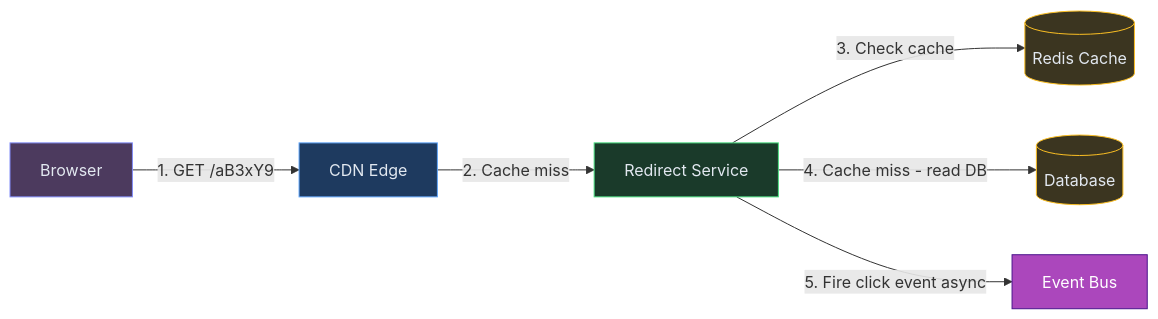
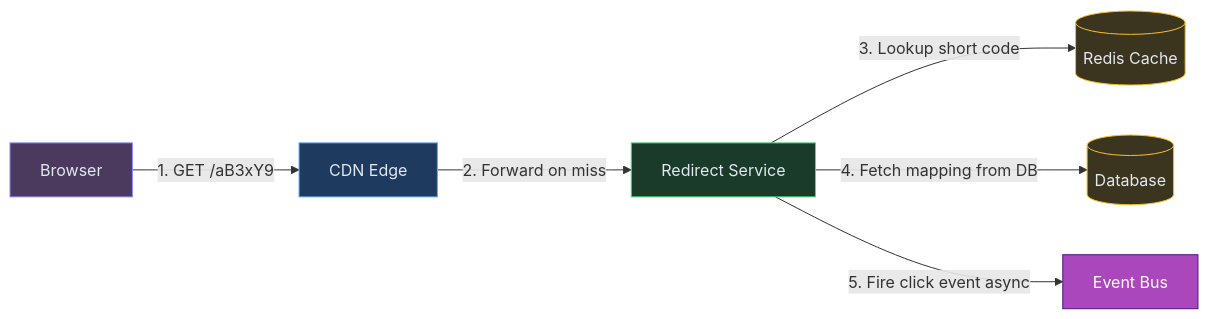
The fourth of 11 diagrams in content/hld/URLShortner.md (iluzn/HLD-Designs), drawn with Mermaid before and after one commit. The commit also changed other lines of this file and 27 other files, not shown here.

````diff
--- a/content/hld/URLShortner.md
+++ b/content/hld/URLShortner.md
@@ -256,21 +256,21 @@
 ```mermaid
 flowchart LR
     USER["Browser"]:::client
     CDN["CDN Edge"]:::edge
     RS["Redirect Service"]:::service
     CACHE[("Redis Cache")]:::data
     DB[("Database")]:::data
     K["Event Bus"]:::async
 
     USER -->|"1. GET /aB3xY9"| CDN
-    CDN -->|"2. Cache miss"| RS
-    RS -->|"3. Check cache"| CACHE
-    RS -->|"4. Cache miss - read DB"| DB
+    CDN -->|"2. Forward on miss"| RS
+    RS -->|"3. Lookup short code"| CACHE
+    RS -->|"4. Fetch mapping from DB"| DB
     RS -->|"5. Fire click event async"| K
 
     classDef client fill:#4c3a5e,stroke:#818cf8,color:#e2e8f0
     classDef edge fill:#1e3a5f,stroke:#60a5fa,color:#e2e8f0
     classDef service fill:#1a3a2a,stroke:#4ade80,color:#e2e8f0
     classDef async fill:#AB47BC,stroke:#4A148C,color:#fff
     classDef data fill:#3b3520,stroke:#fbbf24,color:#e2e8f0
 ```
````
